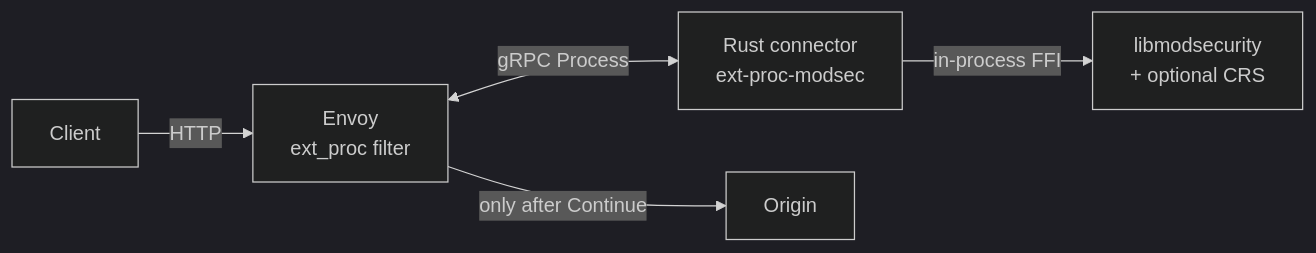
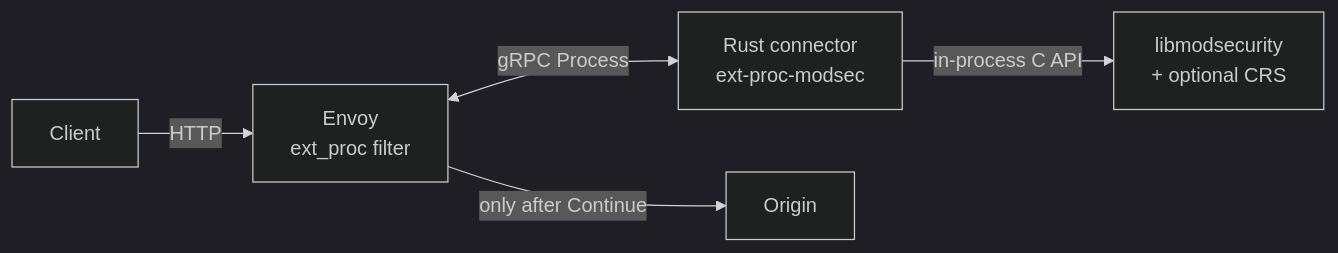
The first of 3 diagrams in docs/how-it-works.md (etiennemunnich/modsec-envoy-connector), drawn with Mermaid (dark theme) before and after one commit. The commit also changed other lines of this file and 8 other files, not shown here.

````diff
--- a/docs/how-it-works.md
+++ b/docs/how-it-works.md
@@ -45,7 +45,7 @@
 ```mermaid
 flowchart LR
   C[Client] -->|HTTP| E[Envoy<br/>ext_proc filter]
   E <-->|gRPC Process| R[Rust connector<br/>ext-proc-modsec]
-  R -->|in-process FFI| M[libmodsecurity<br/>+ optional CRS]
+  R -->|in-process C API| M[libmodsecurity<br/>+ optional CRS]
   E -->|only after Continue| U[Origin]
 ```
````
